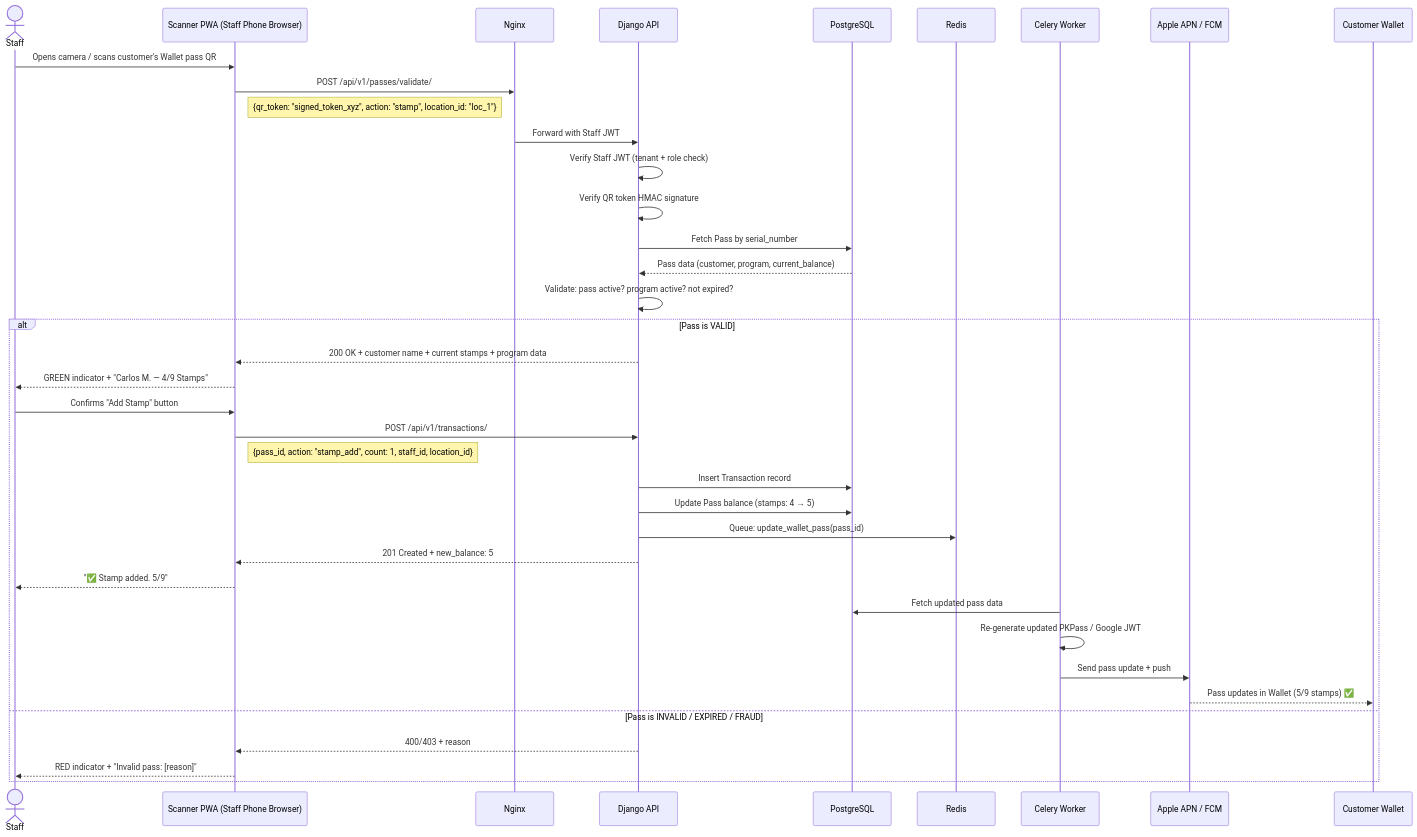
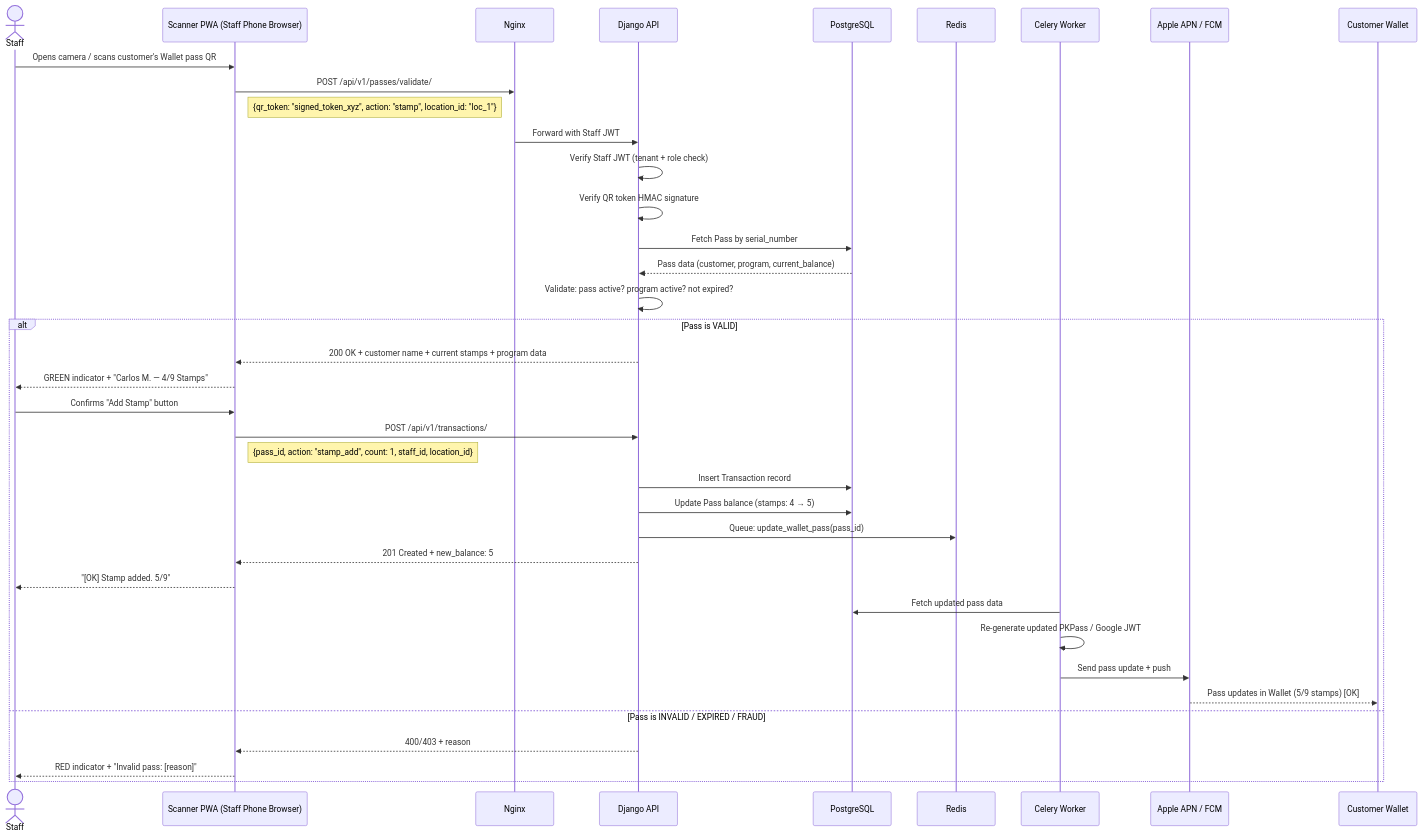
Before and after one commit to somatechlat/loyallia: the fourth of 12 diagrams in docs/ARCHITECTURE.md, drawn with Mermaid. The commit also changed other lines of this file and 212 other files, not shown here.

````diff
--- a/docs/ARCHITECTURE.md
+++ b/docs/ARCHITECTURE.md
@@ -206,49 +196,49 @@
 ```mermaid
 sequenceDiagram
     actor Staff
     participant PWA as Scanner PWA (Staff Phone Browser)
     participant NX as Nginx
     participant API as Django API
     participant DB as PostgreSQL
     participant RD as Redis
     participant CEL as Celery Worker
     participant APN as Apple APN / FCM
     participant Wallet as Customer Wallet
 
     Staff->>PWA: Opens camera / scans customer's Wallet pass QR
     PWA->>NX: POST /api/v1/passes/validate/
     Note right of PWA: {qr_token: "signed_token_xyz", action: "stamp", location_id: "loc_1"}
 
     NX->>API: Forward with Staff JWT
     API->>API: Verify Staff JWT (tenant + role check)
     API->>API: Verify QR token HMAC signature
     API->>DB: Fetch Pass by serial_number
     DB-->>API: Pass data (customer, program, current_balance)
 
     API->>API: Validate: pass active? program active? not expired?
 
     alt Pass is VALID
         API-->>PWA: 200 OK + customer name + current stamps + program data
         PWA-->>Staff: GREEN indicator + "Carlos M. — 4/9 Stamps"
 
         Staff->>PWA: Confirms "Add Stamp" button
         PWA->>API: POST /api/v1/transactions/
         Note right of PWA: {pass_id, action: "stamp_add", count: 1, staff_id, location_id}
 
         API->>DB: Insert Transaction record
         API->>DB: Update Pass balance (stamps: 4 → 5)
         API->>RD: Queue: update_wallet_pass(pass_id)
         API-->>PWA: 201 Created + new_balance: 5
 
-        PWA-->>Staff: "✅ Stamp added. 5/9"
+        PWA-->>Staff: "[OK] Stamp added. 5/9"
 
         CEL->>DB: Fetch updated pass data
         CEL->>CEL: Re-generate updated PKPass / Google JWT
         CEL->>APN: Send pass update + push
-        APN-->>Wallet: Pass updates in Wallet (5/9 stamps) ✅
+        APN-->>Wallet: Pass updates in Wallet (5/9 stamps) [OK]
 
     else Pass is INVALID / EXPIRED / FRAUD
         API-->>PWA: 400/403 + reason
         PWA-->>Staff: RED indicator + "Invalid pass: [reason]"
     end
 ```
````
